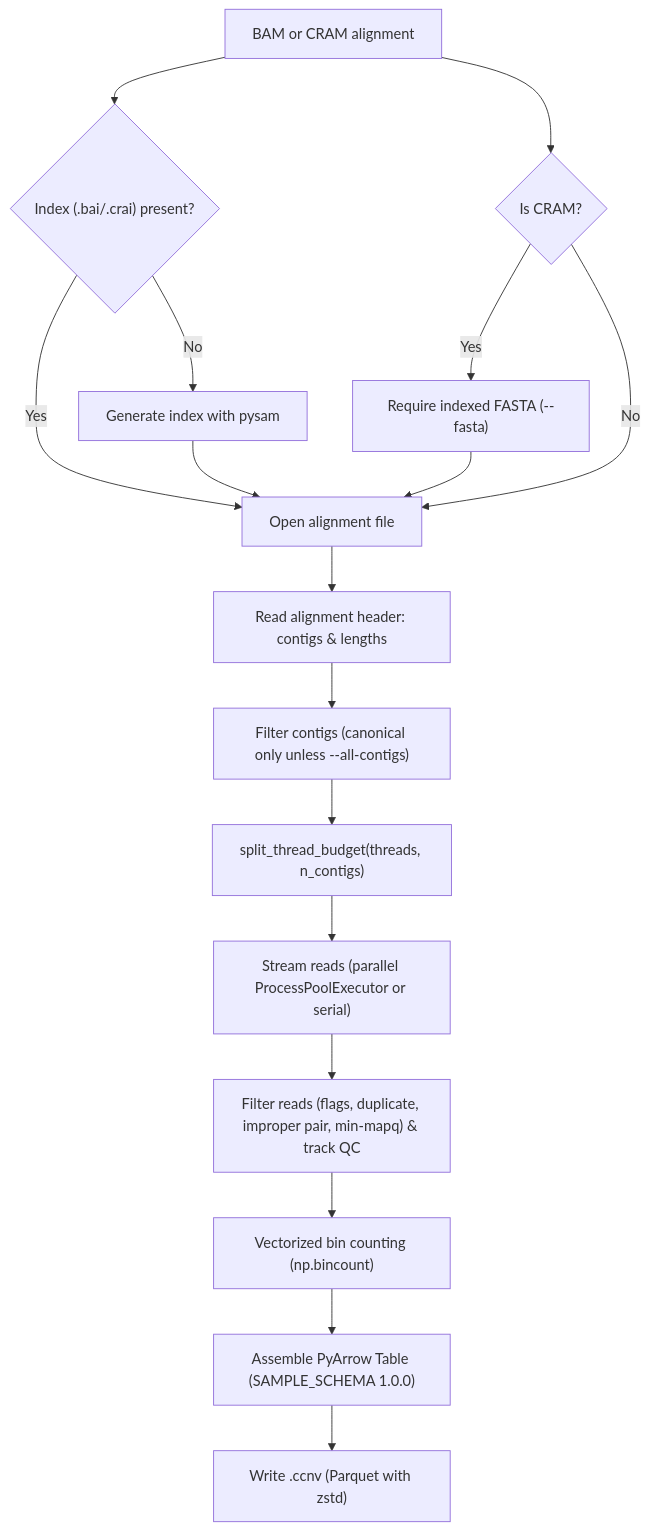
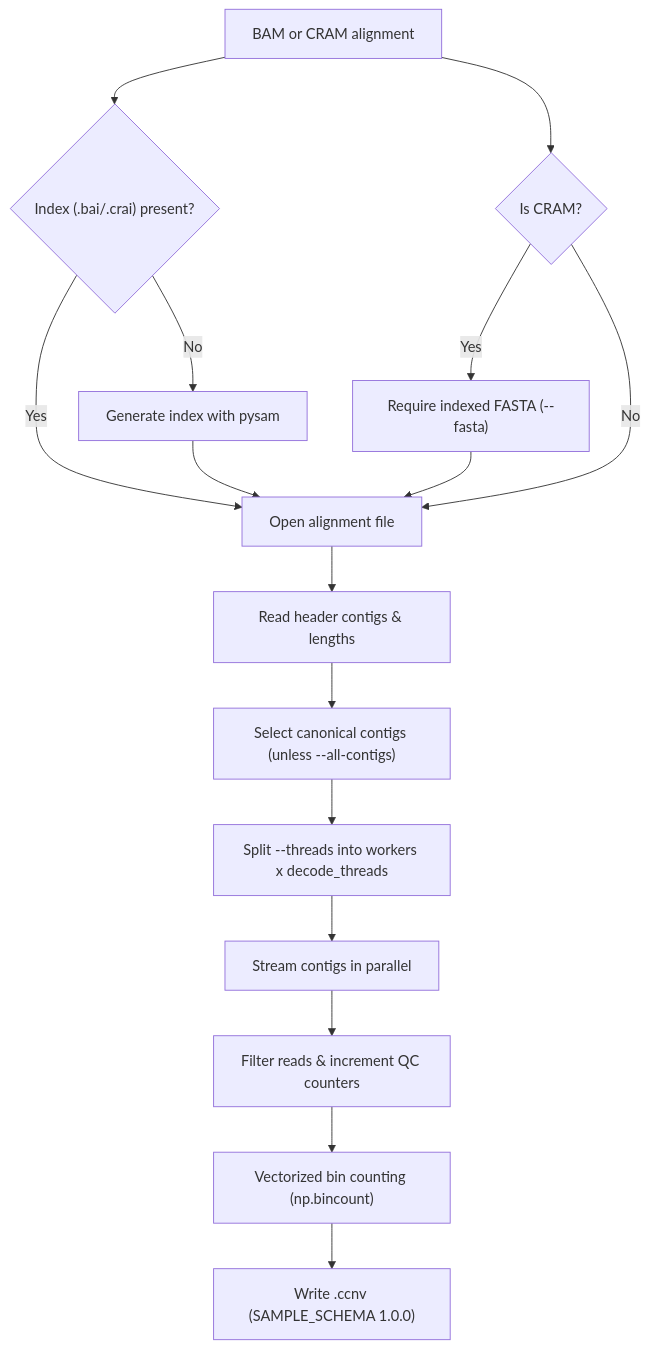
One commit to matthdsm/ccnv changed the second of 4 diagrams in docs/pipeline.md. Above: the diagram before and after it, drawn with Mermaid. The commit also changed other lines of this file and 29 other files, not shown here.

````diff
--- a/docs/pipeline.md
+++ b/docs/pipeline.md
@@ -30,19 +28,18 @@
 ```mermaid
 flowchart TD
     InAlign["BAM or CRAM alignment"] --> CheckIdx{"Index (.bai/.crai) present?"}
     CheckIdx -- No --> BuildIdx["Generate index with pysam"]
     CheckIdx -- Yes --> OpenAlign["Open alignment file"]
     BuildIdx --> OpenAlign
     InAlign --> CheckCRAM{"Is CRAM?"}
     CheckCRAM -- Yes --> CheckFai["Require indexed FASTA (--fasta)"]
     CheckFai --> OpenAlign
     CheckCRAM -- No --> OpenAlign
-    OpenAlign --> ParseHeader["Read alignment header: contigs & lengths"]
-    ParseHeader --> LayoutFilter["Filter contigs (canonical only unless --all-contigs)"]
-    LayoutFilter --> Budget["split_thread_budget(threads, n_contigs)"]
-    Budget --> Stream["Stream reads (parallel ProcessPoolExecutor or serial)"]
-    Stream --> Filter["Filter reads (flags, duplicate, improper pair, min-mapq) & track QC"]
+    OpenAlign --> ParseHeader["Read header contigs & lengths"]
+    ParseHeader --> LayoutFilter["Select canonical contigs (unless --all-contigs)"]
+    LayoutFilter --> Budget["Split --threads into workers x decode_threads"]
+    Budget --> Stream["Stream contigs in parallel"]
+    Stream --> Filter["Filter reads & increment QC counters"]
     Filter --> Binning["Vectorized bin counting (np.bincount)"]
-    Binning --> ArrowTable["Assemble PyArrow Table (SAMPLE_SCHEMA 1.0.0)"]
-    ArrowTable --> WriteParquet["Write <prefix>.ccnv (Parquet with zstd)"]
+    Binning --> WriteParquet["Write <prefix>.ccnv (SAMPLE_SCHEMA 1.0.0)"]
 ```
````
